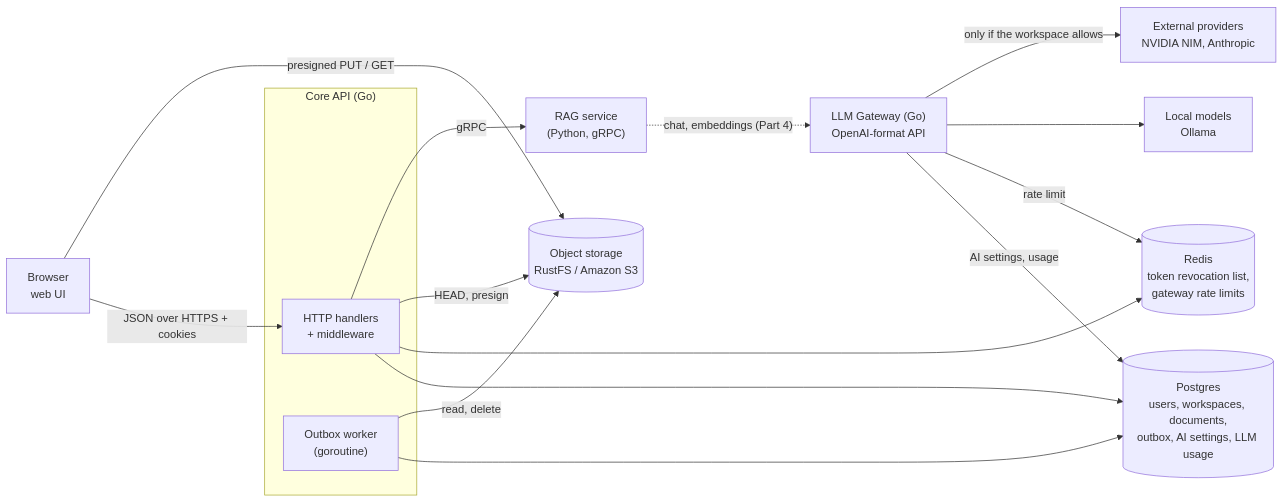
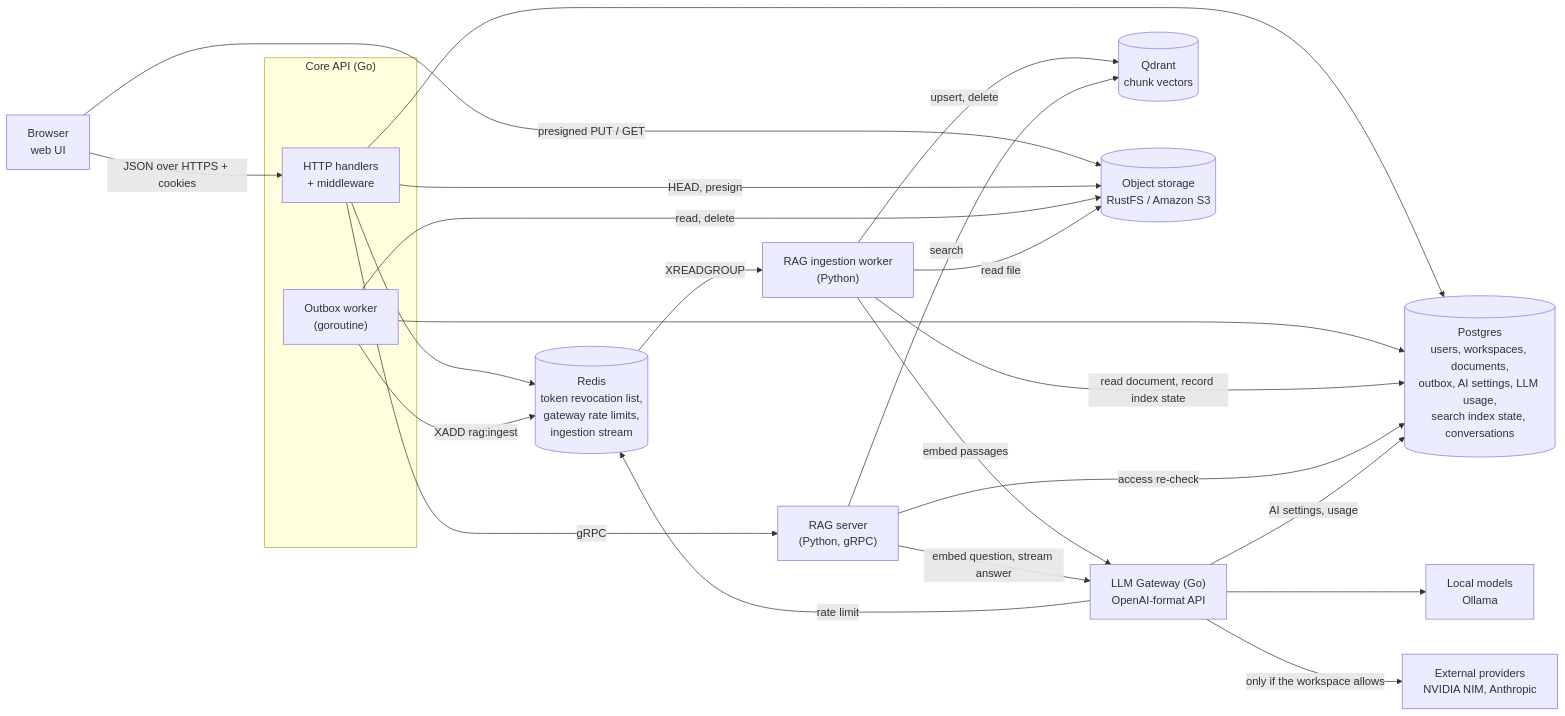
One commit to NKDfoolish/enclave changed the first of 35 diagrams in docs/flows.md. Above: the diagram before and after it, drawn with Mermaid. The commit also changed other lines of this file and 88 other files, not shown here.

Commit message:
feat: add RAG Q&A with permission-checked retrieval and private conversations (Part 4)

````diff
--- a/docs/flows.md
+++ b/docs/flows.md
@@ -17,29 +18,39 @@
 ```mermaid
 flowchart LR
     Browser["Browser<br/>web UI"]
     subgraph API["Core API (Go)"]
         HTTP["HTTP handlers<br/>+ middleware"]
         Worker["Outbox worker<br/>(goroutine)"]
     end
-    RAG["RAG service<br/>(Python, gRPC)"]
+    RAG["RAG server<br/>(Python, gRPC)"]
+    Ingest["RAG ingestion worker<br/>(Python)"]
     GW["LLM Gateway (Go)<br/>OpenAI-format API"]
-    PG[("Postgres<br/>users, workspaces, documents,<br/>outbox, AI settings, LLM usage")]
-    Redis[("Redis<br/>token revocation list,<br/>gateway rate limits")]
+    PG[("Postgres<br/>users, workspaces, documents,<br/>outbox, AI settings, LLM usage,<br/>search index state, conversations")]
+    Redis[("Redis<br/>token revocation list,<br/>gateway rate limits,<br/>ingestion stream")]
+    Qdrant[("Qdrant<br/>chunk vectors")]
     S3[("Object storage<br/>RustFS / Amazon S3")]
     Local["Local models<br/>Ollama"]
     External["External providers<br/>NVIDIA NIM, Anthropic"]
 
     Browser -->|"JSON over HTTPS + cookies"| HTTP
     Browser -->|"presigned PUT / GET"| S3
     HTTP --> PG
     HTTP --> Redis
     HTTP -->|"HEAD, presign"| S3
     HTTP -->|"gRPC"| RAG
     Worker --> PG
     Worker -->|"read, delete"| S3
-    RAG -. "chat, embeddings (Part 4)" .-> GW
+    Worker -->|"XADD rag:ingest"| Redis
+    Redis -->|"XREADGROUP"| Ingest
+    Ingest -->|"read document, record index state"| PG
+    Ingest -->|"read file"| S3
+    Ingest -->|"embed passages"| GW
+    Ingest -->|"upsert, delete"| Qdrant
+    RAG -->|"embed question, stream answer"| GW
+    RAG -->|"search"| Qdrant
+    RAG -->|"access re-check"| PG
     GW -->|"AI settings, usage"| PG
     GW -->|"rate limit"| Redis
     GW --> Local
     GW -->|"only if the workspace allows"| External
 ```
````
